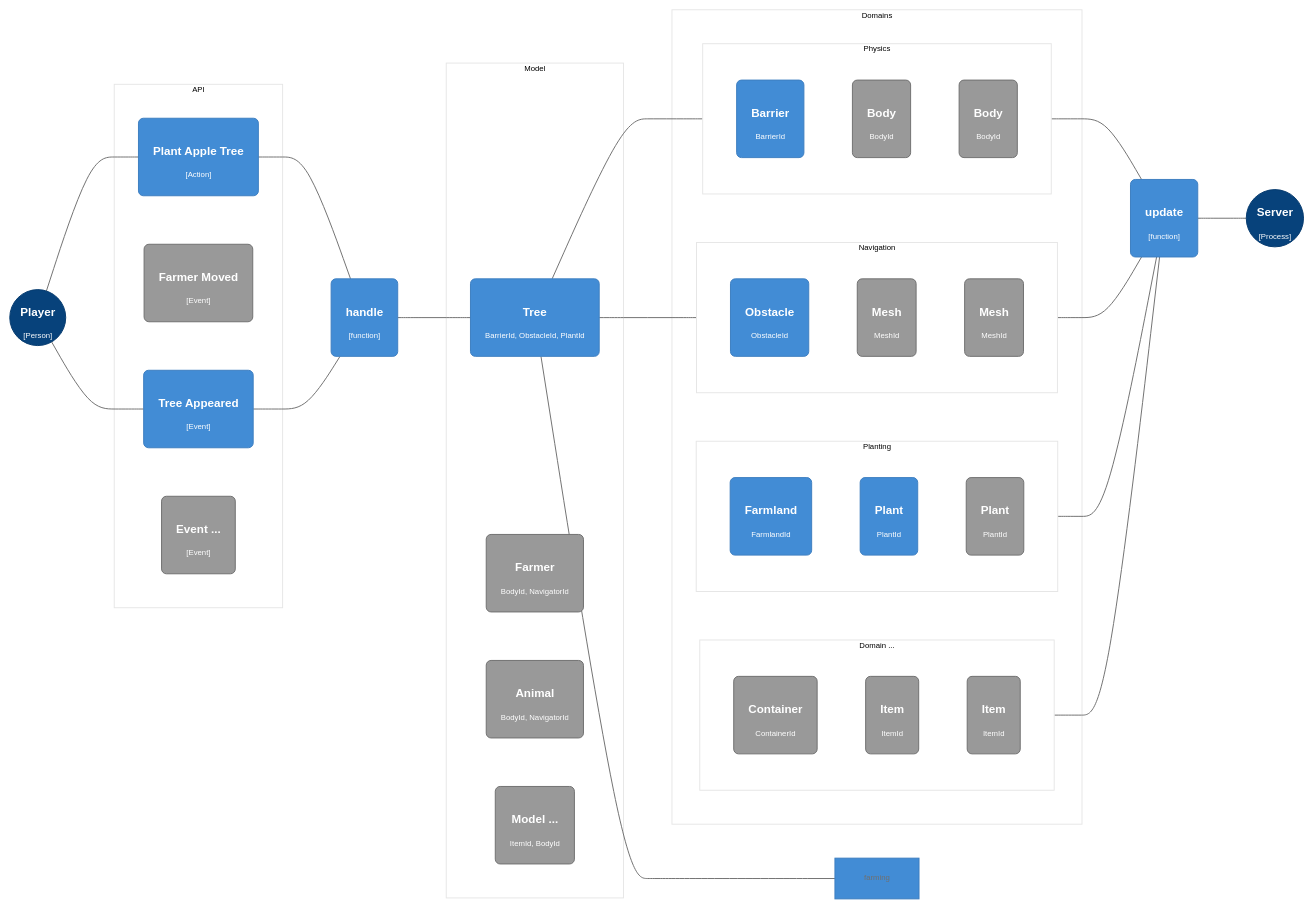
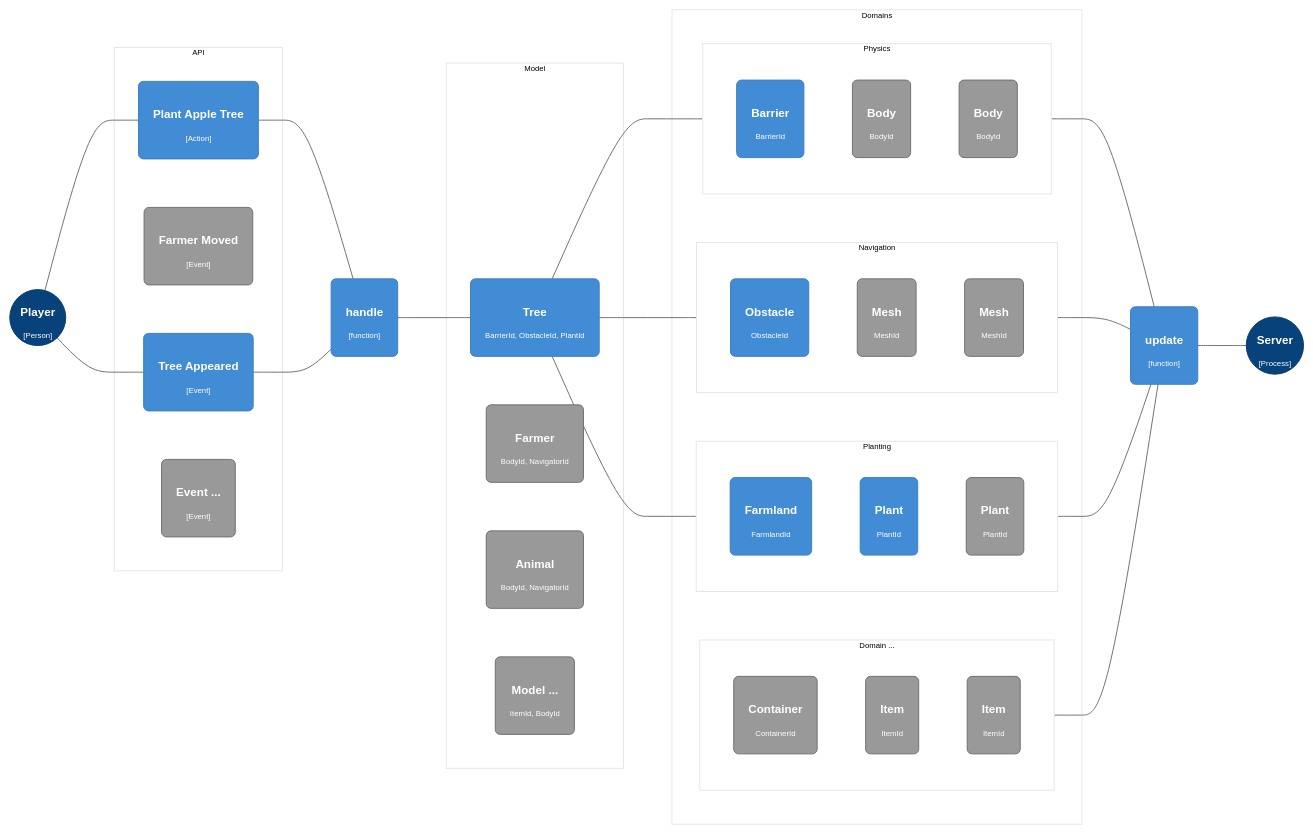
Before and after one commit to lebedec/farmisto: the diagram in game/README.md, drawn with Mermaid.

Commit message:
fix planting

```diff
--- a/game/README.md
+++ b/game/README.md
@@ -82,7 +82,7 @@
 	
 	universe --- tree
 	
-	tree --- physics & navigation & farming
+	tree --- physics & navigation & planting
 	
 	subgraph api[API]
 		action
```
